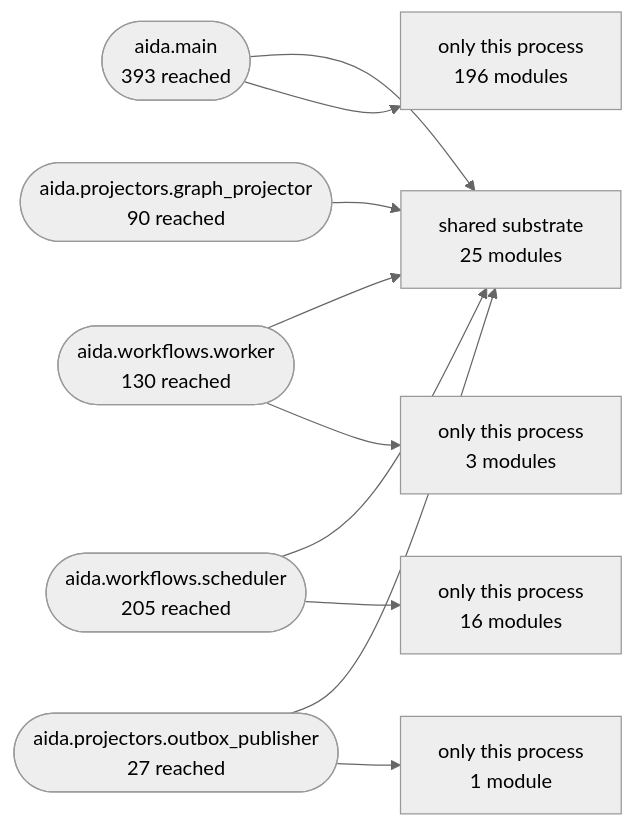
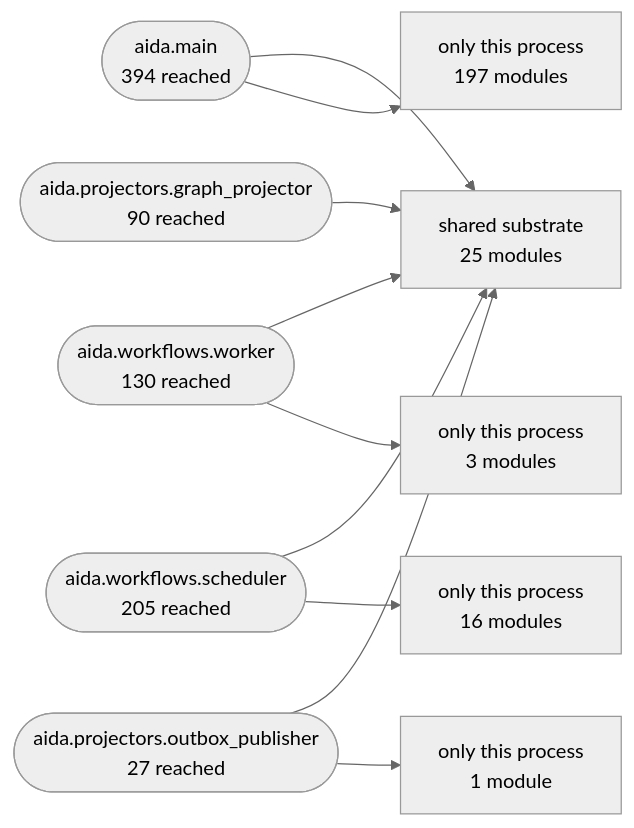
Before and after one commit to karuppusamym/AIDataAnalyst: the second of 3 diagrams in Docs/10-architecture/14-generated-architecture-map.md, drawn with Mermaid (neutral theme). The commit also changed other lines of this file and 7 other files, not shown here.

````diff
--- a/Docs/10-architecture/14-generated-architecture-map.md
+++ b/Docs/10-architecture/14-generated-architecture-map.md
@@ -178,22 +178,22 @@
 ```mermaid
 graph LR
   shared["shared substrate<br/>25 modules"]
-  aida_main(["aida.main<br/>393 reached"])
+  aida_main(["aida.main<br/>394 reached"])
   aida_workflows_worker(["aida.workflows.worker<br/>130 reached"])
   aida_workflows_scheduler(["aida.workflows.scheduler<br/>205 reached"])
   aida_projectors_graph_projector(["aida.projectors.graph_projector<br/>90 reached"])
   aida_projectors_outbox_publisher(["aida.projectors.outbox_publisher<br/>27 reached"])
   aida_main --> shared
-  only_aida_main["only this process<br/>196 modules"]
+  only_aida_main["only this process<br/>197 modules"]
   aida_main --> only_aida_main
   aida_workflows_worker --> shared
   only_aida_workflows_worker["only this process<br/>3 modules"]
   aida_workflows_worker --> only_aida_workflows_worker
   aida_workflows_scheduler --> shared
   only_aida_workflows_scheduler["only this process<br/>16 modules"]
   aida_workflows_scheduler --> only_aida_workflows_scheduler
   aida_projectors_graph_projector --> shared
   aida_projectors_outbox_publisher --> shared
   only_aida_projectors_outbox_publisher["only this process<br/>1 module"]
   aida_projectors_outbox_publisher --> only_aida_projectors_outbox_publisher
 ```
````
